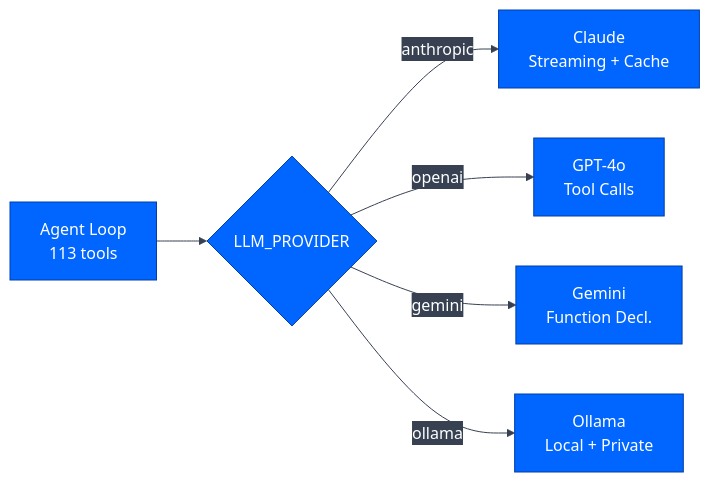
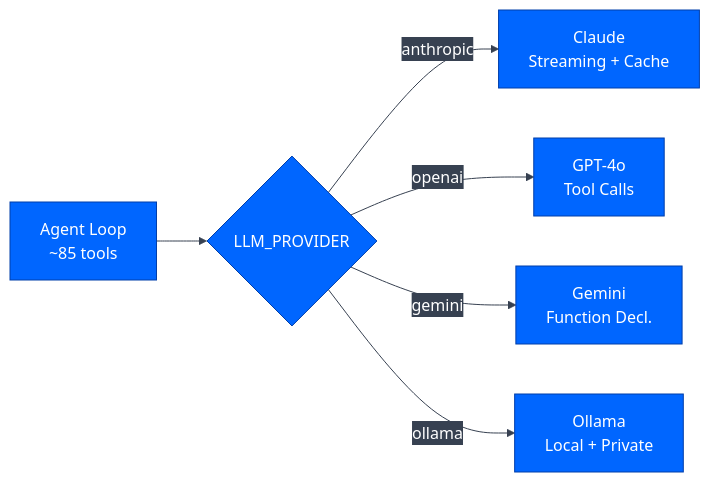
One commit to JosephOIbrahim/Comfy-Cozy changed the fourth of 26 diagrams in README.md. Above: the diagram before and after it, drawn with Mermaid. The commit also changed other lines of this file and 1 other file, not shown here.

````diff
--- a/README.md
+++ b/README.md
@@ -280,9 +280,9 @@
 ```mermaid
 %%{init: {'theme':'base','themeVariables': {'primaryColor':'#0066FF','primaryTextColor':'#ffffff','primaryBorderColor':'#003eaa','lineColor':'#374151','secondaryColor':'#374151','tertiaryColor':'#1f2937','fontFamily':'monospace'}}}%%
 graph LR
-    Agent[Agent Loop<br/>113 tools] --> LLM{LLM_PROVIDER}
+    Agent[Agent Loop<br/>~85 tools] --> LLM{LLM_PROVIDER}
     LLM -->|anthropic| A["Claude<br/>Streaming + Cache"]
     LLM -->|openai| B["GPT-4o<br/>Tool Calls"]
     LLM -->|gemini| C["Gemini<br/>Function Decl."]
     LLM -->|ollama| D["Ollama<br/>Local + Private"]
 ```
````
